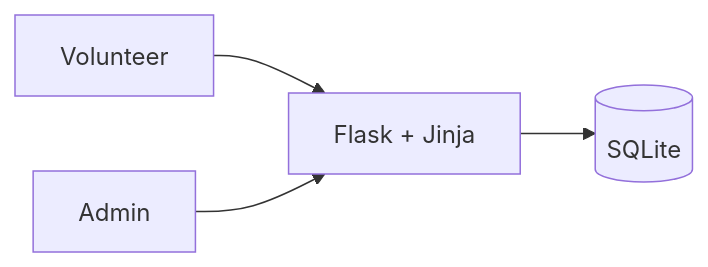
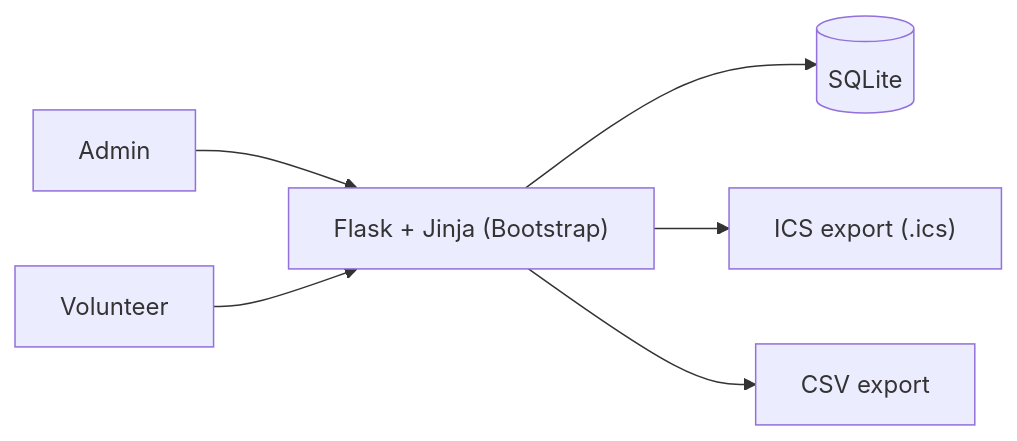
One commit to iarmoghan/shift-scheduler changed the diagram in docs/index.md. Above: the diagram before and after it, drawn with Mermaid. The commit also changed other lines of this file, not shown here.

````diff
--- a/docs/index.md
+++ b/docs/index.md
@@ -30,6 +59,8 @@
 ```mermaid
 flowchart LR
-  V[Volunteer] --> UI[Flask + Jinja]
-  A[Admin] --> UI
+  A[Admin] --> UI["Flask + Jinja (Bootstrap)"]
+  V[Volunteer] --> UI
   UI --> DB[(SQLite)]
+  UI --> ICS["ICS export (.ics)"]
+  UI --> CSV["CSV export"]
 ```
````
